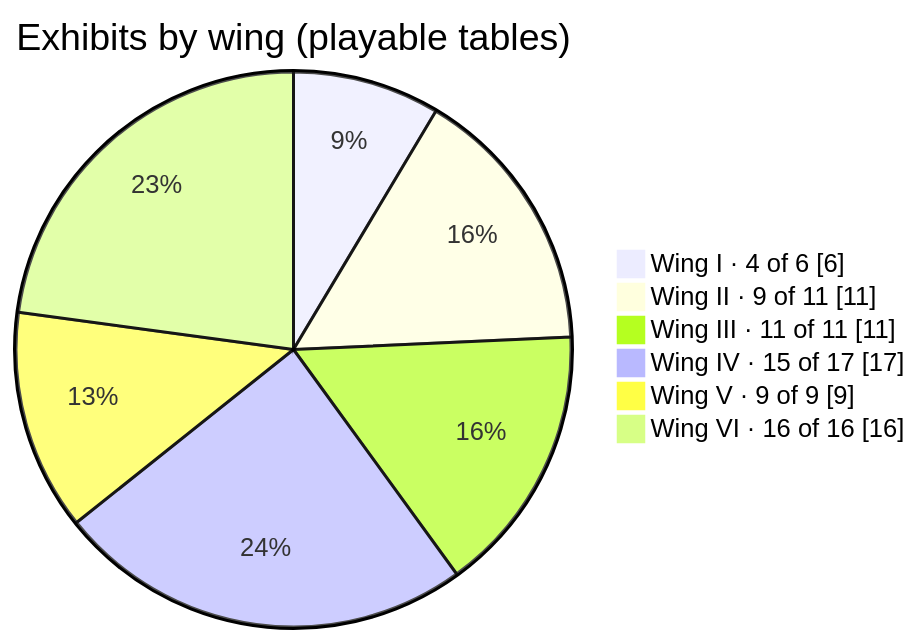
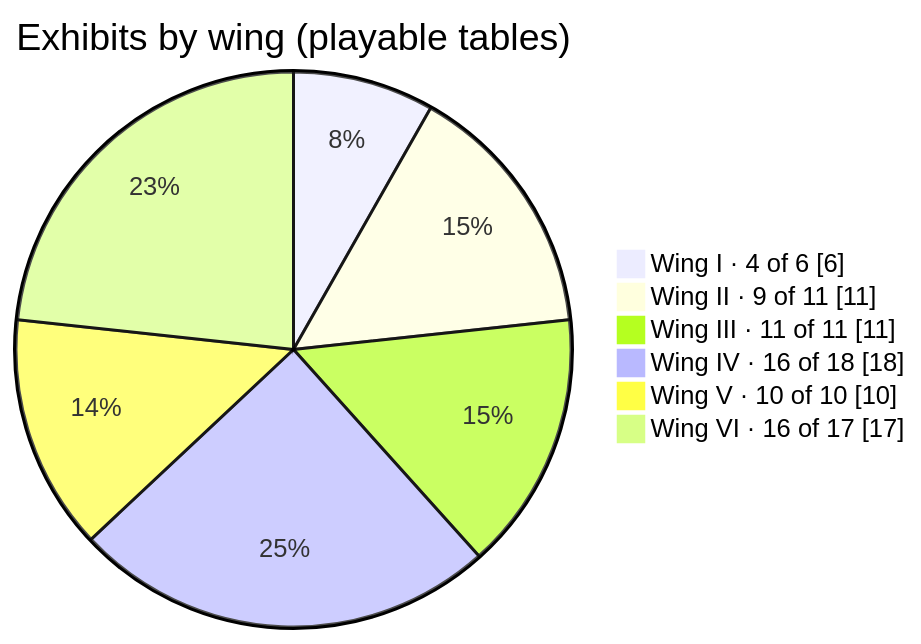
Before and after one commit to CptNope/Librarium-Archives: the first of 8 diagrams in docs/exhibits.md, drawn with Mermaid. The commit also changed other lines of this file and 8 other files, not shown here.

````diff
--- a/docs/exhibits.md
+++ b/docs/exhibits.md
@@ -7,10 +7,10 @@
 ```mermaid
 pie showData
     title Exhibits by wing (playable tables)
     "Wing I · 4 of 6" : 6
     "Wing II · 9 of 11" : 11
     "Wing III · 11 of 11" : 11
-    "Wing IV · 15 of 17" : 17
-    "Wing V · 9 of 9" : 9
-    "Wing VI · 16 of 16" : 16
+    "Wing IV · 16 of 18" : 18
+    "Wing V · 10 of 10" : 10
+    "Wing VI · 16 of 17" : 17
 ```
````
